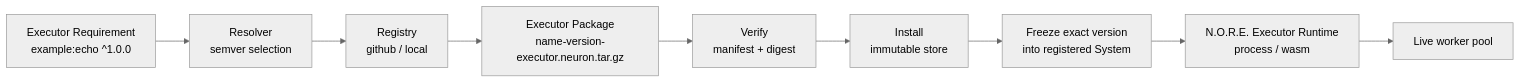
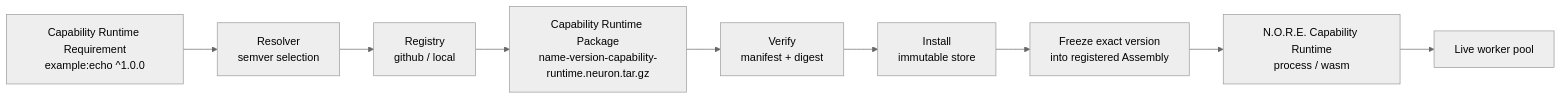
Before and after one commit to neuron-runtime/neuron: the sixth of 6 diagrams in README.md, drawn with Mermaid (neutral theme). The commit also changed other lines of this file and 119 other files, not shown here.

````diff
--- a/README.md
+++ b/README.md
@@ -284,11 +284,11 @@
 ```mermaid
 flowchart LR
-    REQ[Executor Requirement<br/>example:echo ^1.0.0] --> RES[Resolver<br/>semver selection]
+    REQ[Capability Runtime Requirement<br/>example:echo ^1.0.0] --> RES[Resolver<br/>semver selection]
     RES --> REG[Registry<br/>github / local]
-    REG --> PKG[Executor Package<br/>name-version-executor.neuron.tar.gz]
+    REG --> PKG[Capability Runtime Package<br/>name-version-capability-runtime.neuron.tar.gz]
     PKG --> VRFY[Verify<br/>manifest + digest]
     VRFY --> INST[Install<br/>immutable store]
-    INST --> FRZ[Freeze exact version<br/>into registered System]
-    FRZ --> RT[N.O.R.E. Executor Runtime<br/>process / wasm]
+    INST --> FRZ[Freeze exact version<br/>into registered Assembly]
+    FRZ --> RT[N.O.R.E. Capability Runtime<br/>process / wasm]
     RT --> W[Live worker pool]
 ```
````
